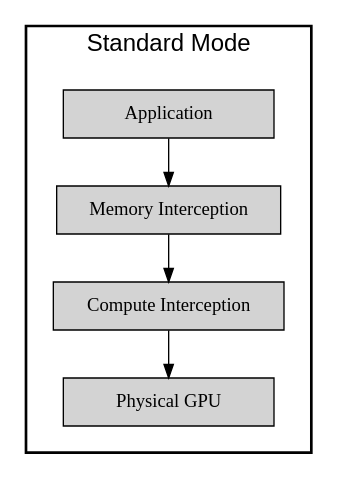
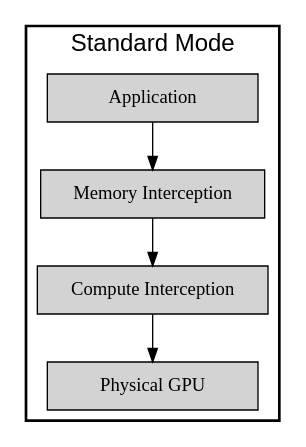
One commit to slidr-cli/slidr changed the first of 3 diagrams in examples/features_demo.md. Above: the diagram before and after it, drawn with Graphviz. The commit also changed other lines of this file and 5 other files, not shown here.

````diff
--- a/examples/features_demo.md
+++ b/examples/features_demo.md
@@ -42,23 +42,23 @@
 ```dot
 digraph standard_mode {
     rankdir=TB;
     compound=true;
     newrank=true;
 
     subgraph cluster_main {
         label="Standard Mode";
         penwidth=2;
         fontsize=18;
         fontname="sans-serif";
-        margin=20;
+        margin=8;
         node [width=2.2];
 
         app [label="Application" shape=box style=filled];
         mem [label="Memory Interception" class="cyan" shape=box style=filled];
         comp [label="Compute Interception" class="cyan" shape=box style=filled];
         gpu [label="Physical GPU" class="green" shape=box style=filled];
 
         app -> mem -> comp -> gpu;
     }
 }
 ```
````
